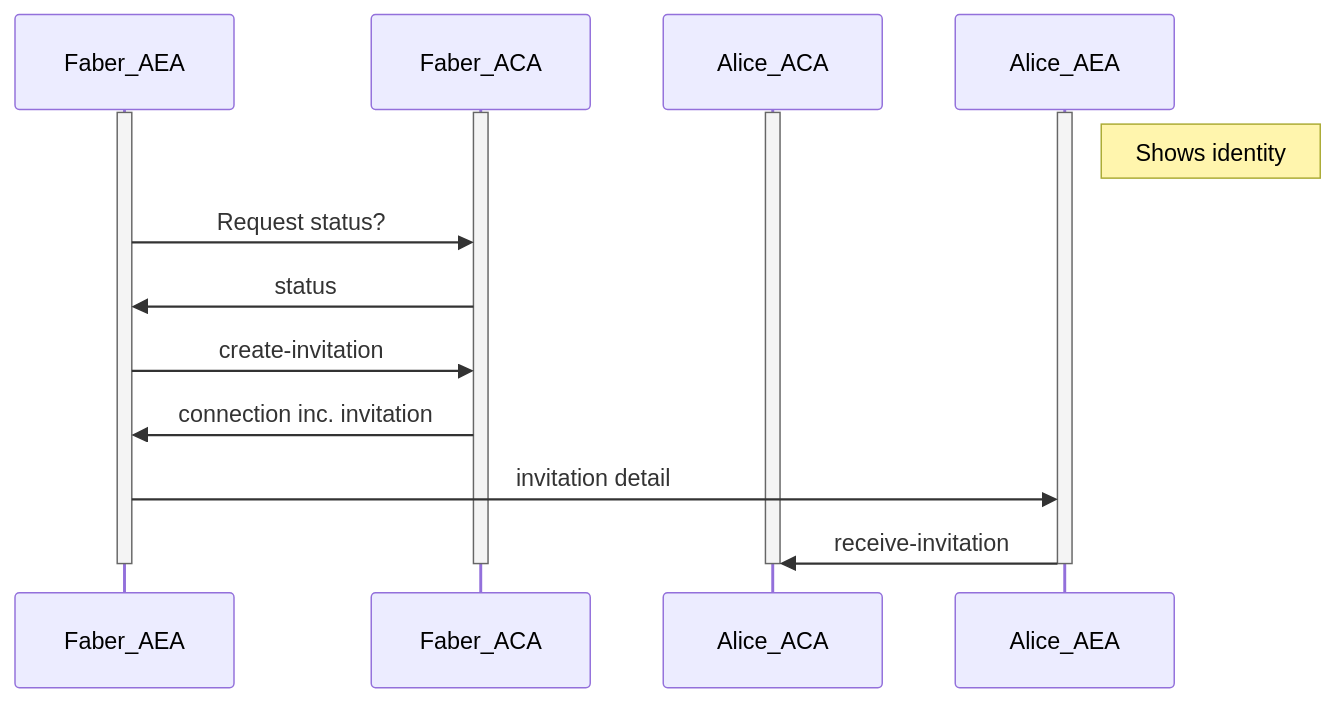
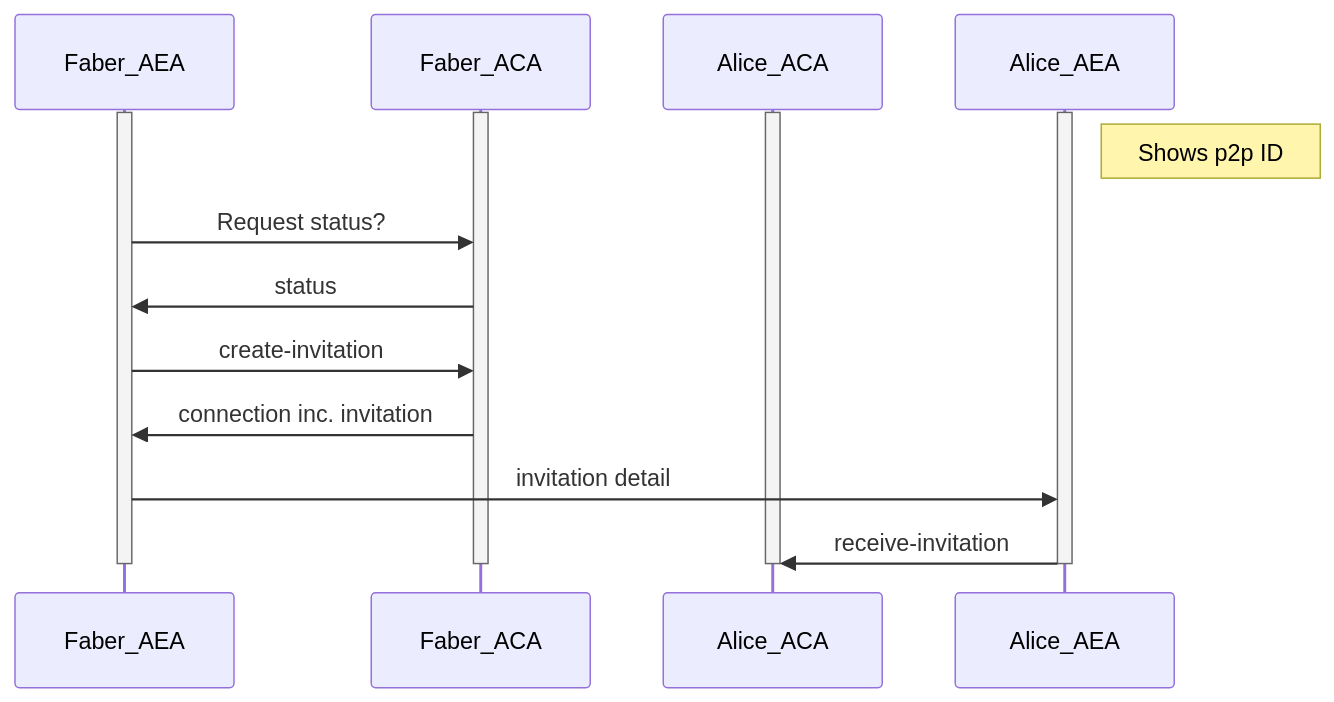
The diagram in docs/aries-cloud-agent-demo.md (legendarydeveloper919/agents-aea), drawn with Mermaid before and after one commit. The commit also changed other lines of this file and 2 other files, not shown here.

```diff
--- a/docs/aries-cloud-agent-demo.md
+++ b/docs/aries-cloud-agent-demo.md
@@ -15,26 +15,26 @@
 <div class="mermaid">
     sequenceDiagram
         participant faea as Faber_AEA
         participant faca as Faber_ACA
         participant aaca as Alice_ACA
         participant aaea as Alice_AEA
 
         activate faea
         activate faca
         activate aaca
         activate aaea
 
-        Note right of aaea: Shows identity
+        Note right of aaea: Shows p2p ID
 
         faea->>faca: Request status?
         faca->>faea: status
         faea->>faca: create-invitation
         faca->>faea: connection inc. invitation
         faea->>aaea: invitation detail
         aaea->>aaca: receive-invitation
 
         deactivate faea
         deactivate faca
         deactivate aaca
         deactivate aaea
 </div>
```
